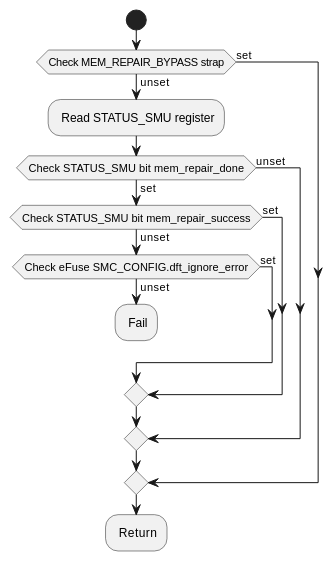
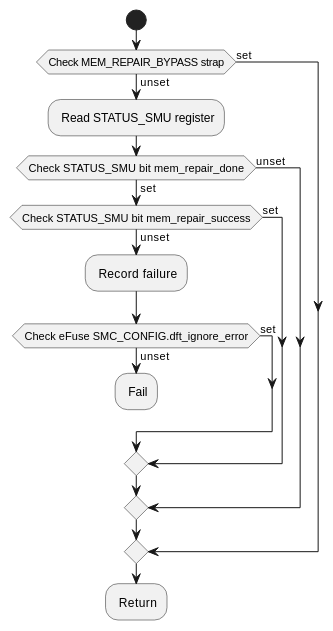
One commit to tenstorrent/tt-oca-harness changed the second of 6 diagrams in doc/programmer/src/smc-programming.adoc. Above: the diagram before and after it, drawn with PlantUML. The commit also changed other lines of this file and 2 other files, not shown here.

```diff
--- a/doc/programmer/src/smc-programming.adoc
+++ b/doc/programmer/src/smc-programming.adoc
@@ -214,23 +218,24 @@
 [plantuml,ocah-smc-metal-memory-repair-check,svg,width=50.0%,align="center"]
 ----
 @startuml
 start
 if (Check MEM_REPAIR_BYPASS strap) then (set)
 else (unset)
   : Read STATUS_SMU register;
   if (Check STATUS_SMU bit mem_repair_done) then (unset)
   else (set)
     if (Check STATUS_SMU bit mem_repair_success) then (set)
     else (unset)
+      : Record failure;
       if (Check eFuse SMC_CONFIG.dft_ignore_error) then (set)
       else (unset)
         : Fail;
         kill
       endif
     endif
   endif
 endif
 : Return;
 kill
 @enduml
 ----
```
